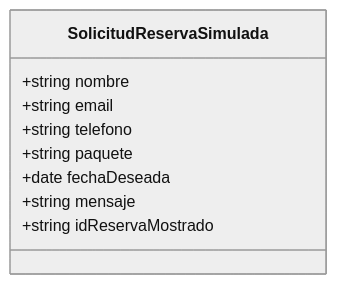
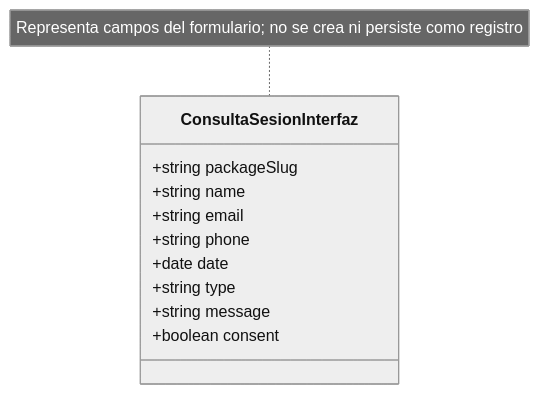
Before and after one commit to jhonn-eddy/lumina-studio: the diagram in docs/analisis-entidad-crud-seguridad.md, drawn with Mermaid (neutral theme). The commit also changed other lines of this file and 22 other files, not shown here.

````diff
--- a/docs/analisis-entidad-crud-seguridad.md
+++ b/docs/analisis-entidad-crud-seguridad.md
@@ -23,12 +26,14 @@
 ```mermaid
 classDiagram
-  class SolicitudReservaSimulada {
-    +string nombre
+  class ConsultaSesionInterfaz {
+    +string packageSlug
+    +string name
     +string email
-    +string telefono
-    +string paquete
-    +date fechaDeseada
-    +string mensaje
-    +string idReservaMostrado
+    +string phone
+    +date date
+    +string type
+    +string message
+    +boolean consent
   }
+  note for ConsultaSesionInterfaz "Representa campos del formulario; no se crea ni persiste como registro"
 ```
````
